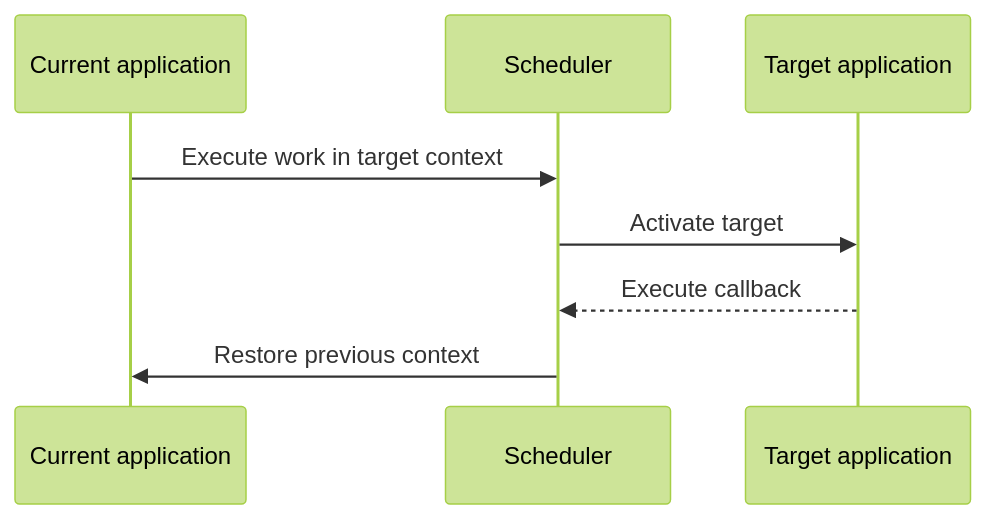
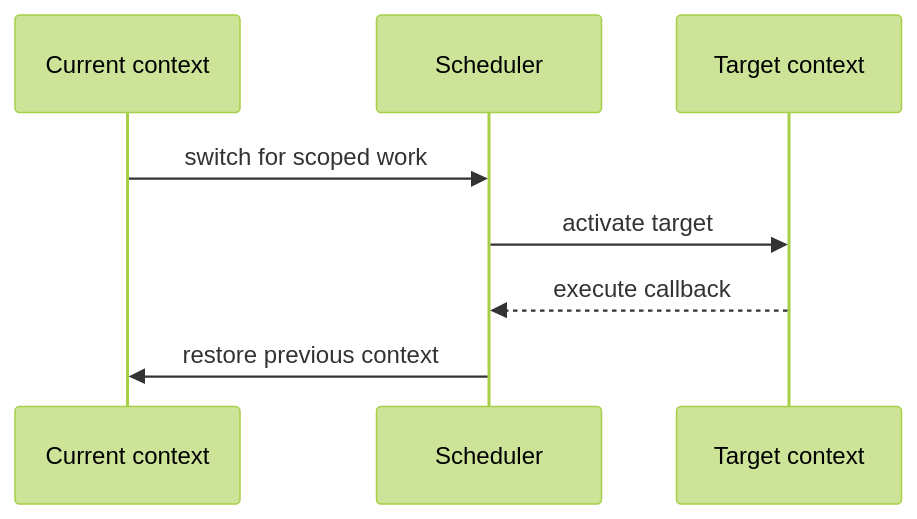
The second of 9 diagrams in documentation/handbook/21-enterprise-architecture-and-deployment.md (shuklasp/spp), drawn with Mermaid (forest theme) before and after one commit. The commit also changed other lines of this file, not shown here.

Commit message:
docs: reconcile enterprise architecture boundaries

````diff
--- a/documentation/handbook/21-enterprise-architecture-and-deployment.md
+++ b/documentation/handbook/21-enterprise-architecture-and-deployment.md
@@ -76,10 +49,10 @@
 ```mermaid
 sequenceDiagram
-    participant A as Current application
+    participant A as Current context
     participant S as Scheduler
-    participant B as Target application
-    A->>S: Execute work in target context
-    S->>B: Activate target
-    B-->>S: Execute callback
-    S->>A: Restore previous context
+    participant B as Target context
+    A->>S: switch for scoped work
+    S->>B: activate target
+    B-->>S: execute callback
+    S->>A: restore previous context
 ```
````
